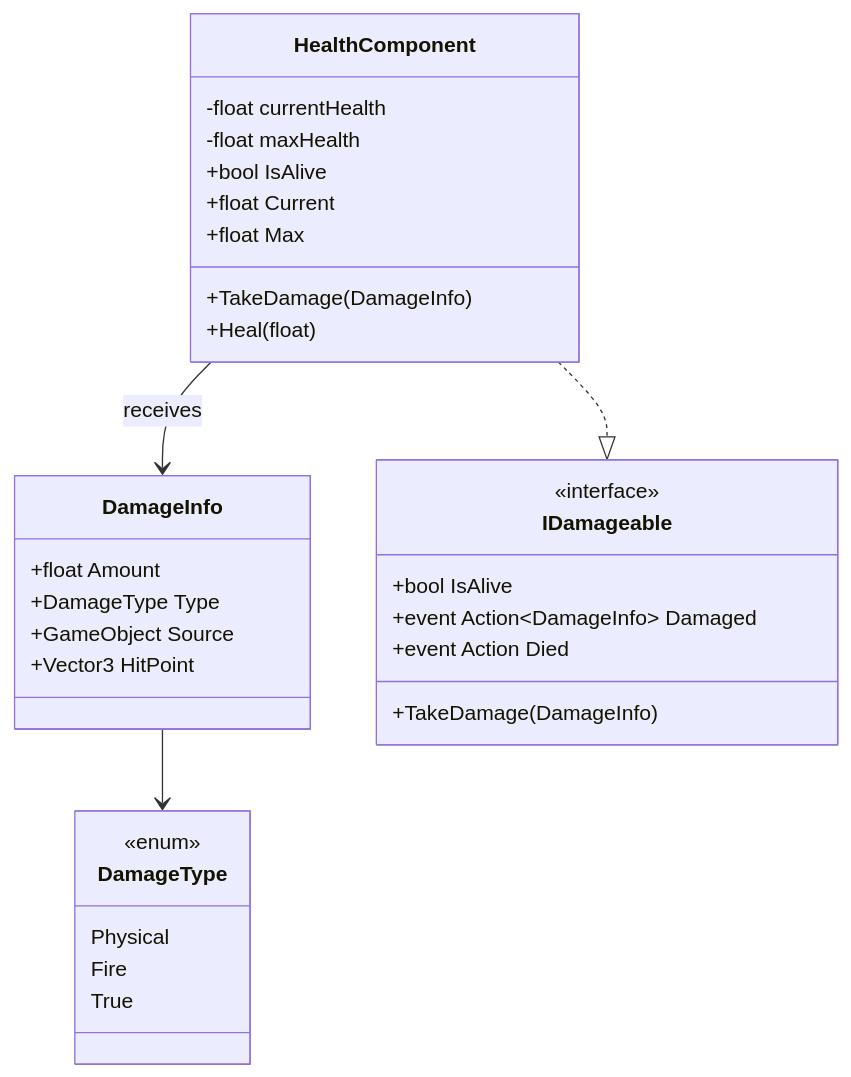
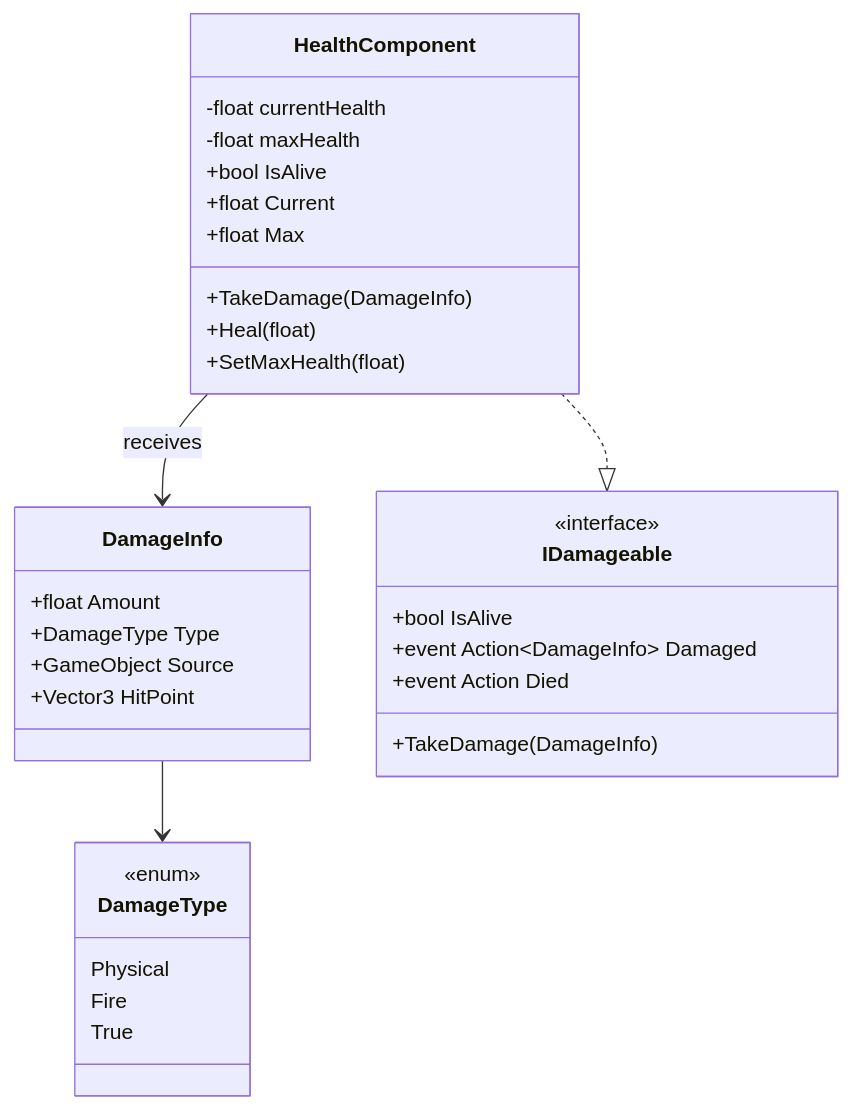
Before and after one commit to Seung-Hyun-211/ClaudeUnityPluginTest: the first of 2 diagrams in documents/combat-system.md, drawn with Mermaid. The commit also changed other lines of this file and 13 other files, not shown here.

````diff
--- a/documents/combat-system.md
+++ b/documents/combat-system.md
@@ -13,34 +13,35 @@
 ```mermaid
 classDiagram
     class DamageType {
         <<enum>>
         Physical
         Fire
         True
     }
     class DamageInfo {
         +float Amount
         +DamageType Type
         +GameObject Source
         +Vector3 HitPoint
     }
     class IDamageable {
         <<interface>>
         +bool IsAlive
         +TakeDamage(DamageInfo) 
         +event Action~DamageInfo~ Damaged
         +event Action Died
     }
     class HealthComponent {
         -float currentHealth
         -float maxHealth
         +bool IsAlive
         +float Current
         +float Max
         +TakeDamage(DamageInfo)
         +Heal(float)
+        +SetMaxHealth(float)
     }
     HealthComponent ..|> IDamageable
     HealthComponent --> DamageInfo : receives
     DamageInfo --> DamageType
 ```
````
